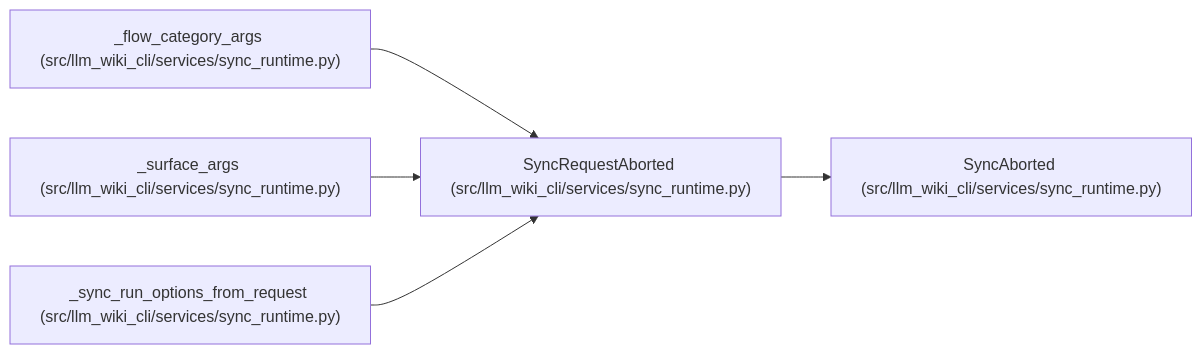
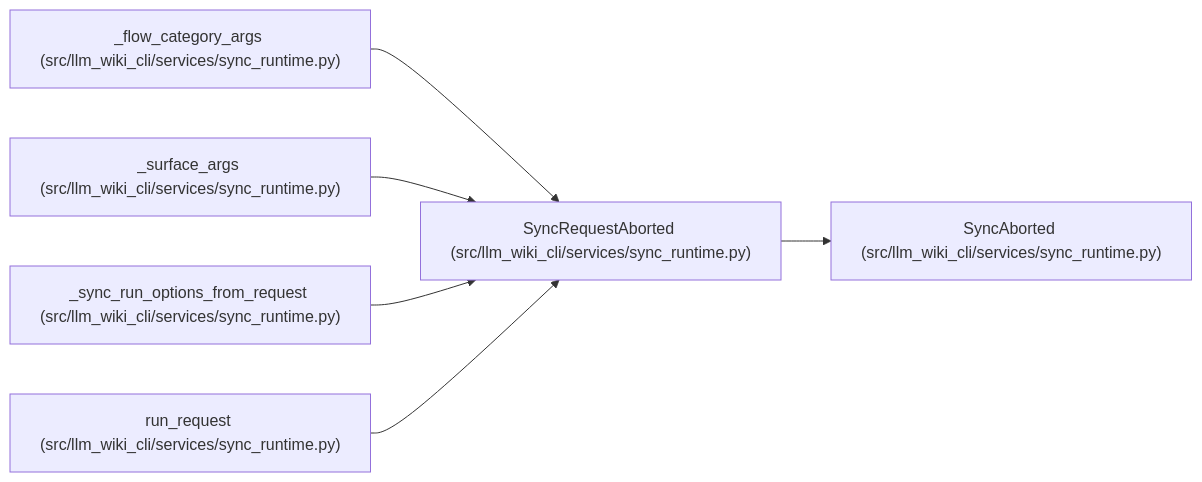
Before and after one commit to Denissvgn/python-wiki-llm: the diagram in docs/llm_wiki/entities/SyncRequestAborted.md, drawn with Mermaid. The commit also changed other lines of this file and 725 other files, not shown here.

````diff
--- a/docs/llm_wiki/entities/SyncRequestAborted.md
+++ b/docs/llm_wiki/entities/SyncRequestAborted.md
@@ -23,17 +23,20 @@
 ```mermaid
 flowchart LR
     n0["SyncRequestAborted (src/llm_wiki_cli/services/sync_runtime.py)"]
     n1["SyncAborted (src/llm_wiki_cli/services/sync_runtime.py)"]
     n2["_flow_category_args (src/llm_wiki_cli/services/sync_runtime.py)"]
     n3["_surface_args (src/llm_wiki_cli/services/sync_runtime.py)"]
     n4["_sync_run_options_from_request (src/llm_wiki_cli/services/sync_runtime.py)"]
+    n5["run_request (src/llm_wiki_cli/services/sync_runtime.py)"]
     n0 --> n1
     n2 --> n0
     n3 --> n0
     n4 --> n0
+    n5 --> n0
     click n0 "../modules/sync_runtime.md"
     click n1 "../modules/sync_runtime.md"
     click n2 "../modules/sync_runtime.md"
     click n3 "../modules/sync_runtime.md"
     click n4 "../modules/sync_runtime.md"
+    click n5 "../modules/sync_runtime.md"
 ```
````
